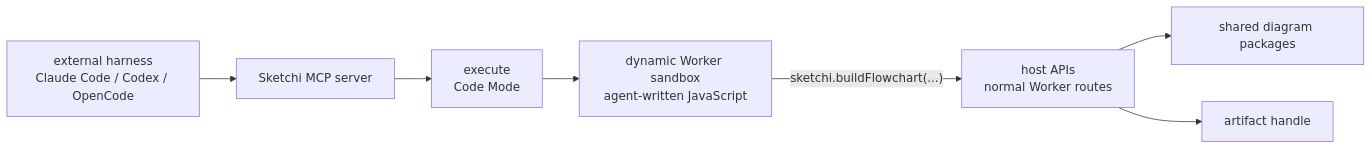
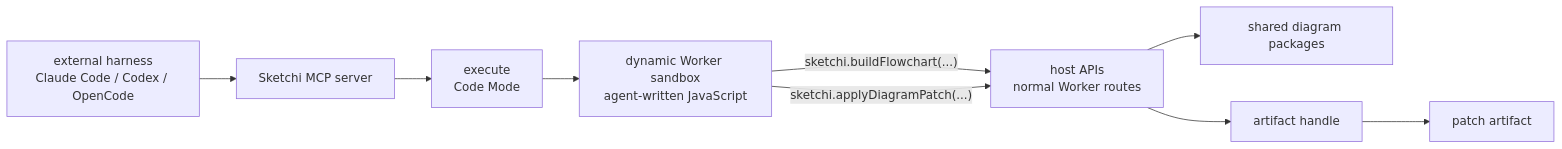
Before and after one commit to anand-testcompare/sketchi-v2-lab: the first of 17 diagrams in docs/mcp-tool-catalog.md, drawn with Mermaid. The commit also changed other lines of this file, not shown here.

Commit message:
docs: add diagram patch contract (#30)

````diff
--- a/docs/mcp-tool-catalog.md
+++ b/docs/mcp-tool-catalog.md
@@ -25,17 +46,20 @@
 ```mermaid
 flowchart LR
   Harness["external harness<br/>Claude Code / Codex / OpenCode"]
   McpServer["Sketchi MCP server"]
   Execute["execute<br/>Code Mode"]
   Sandbox["dynamic Worker sandbox<br/>agent-written JavaScript"]
   HostApi["host APIs<br/>normal Worker routes"]
   Packages["shared diagram packages"]
   Artifact["artifact handle"]
+  Patch["patch artifact"]
 
   Harness --> McpServer
   McpServer --> Execute
   Execute --> Sandbox
   Sandbox -->|"sketchi.buildFlowchart(...)"| HostApi
+  Sandbox -->|"sketchi.applyDiagramPatch(...)"| HostApi
   HostApi --> Packages
   HostApi --> Artifact
+  Artifact --> Patch
 ```
````
